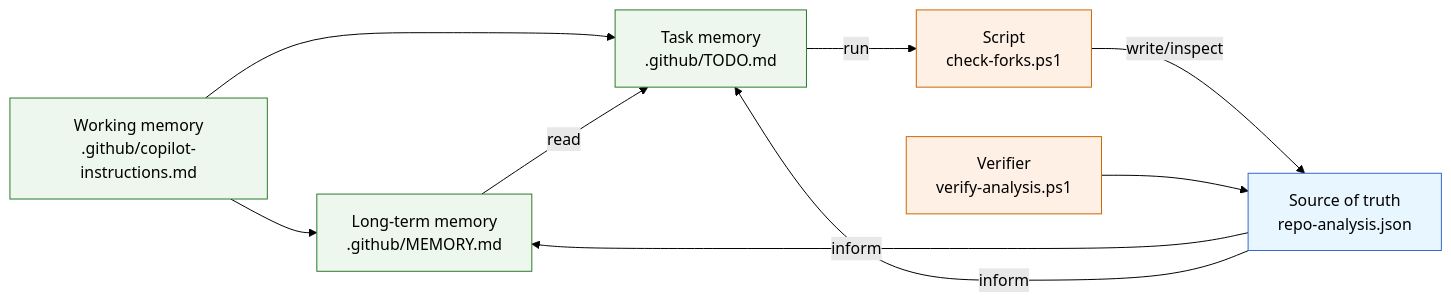
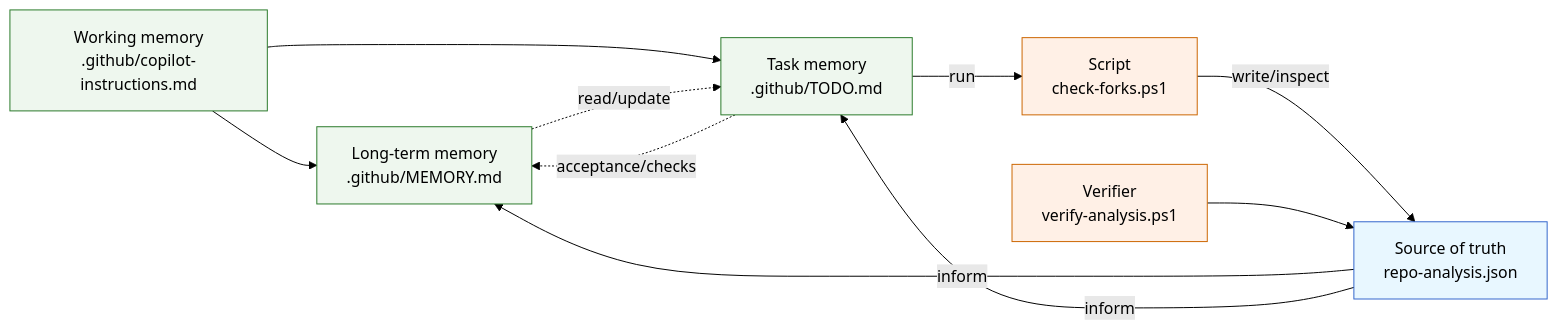
One commit to fabioc-aloha/fabioc-aloha changed the first of 3 diagrams in COGNITIVE.md. Above: the diagram before and after it, drawn with Mermaid (forest theme). The commit also changed other lines of this file, not shown here.

Commit message:
docs(cognitive): update diagrams to match implemented two-mode design; fix Mermaid parsing

````diff
--- a/COGNITIVE.md
+++ b/COGNITIVE.md
@@ -32,25 +36,31 @@
 ```mermaid
 flowchart LR
   F[Working memory<br/>.github/copilot-instructions.md]
   A[Long‑term memory<br/>.github/MEMORY.md]
   B[Task memory<br/>.github/TODO.md]
   C[Script<br/>check-forks.ps1]
   G[Verifier<br/>verify-analysis.ps1]
   D[Source of truth<br/>repo-analysis.json]
 
-  F --> A
-  F --> B
-  A -->|read| B
+  %% Operational path
   B -->|run| C
   C -->|write/inspect| D
   G --> D
   D -->|inform| A
   D -->|inform| B
+
+  %% Cognitive control and anchors
+  F --> A
+  F --> B
+
+  %% Meditation (cognitive‑only loop)
+  A -. read/update .-> B
+  B -. acceptance/checks .-> A
 
   classDef data fill:#e8f7ff,stroke:#36c;
   classDef mem fill:#eef7ee,stroke:#2a7a2a;
   classDef scripts fill:#fff0e6,stroke:#cc6600;
   class A,B,F mem;
   class D data;
   class C,G scripts;
 ```
````
